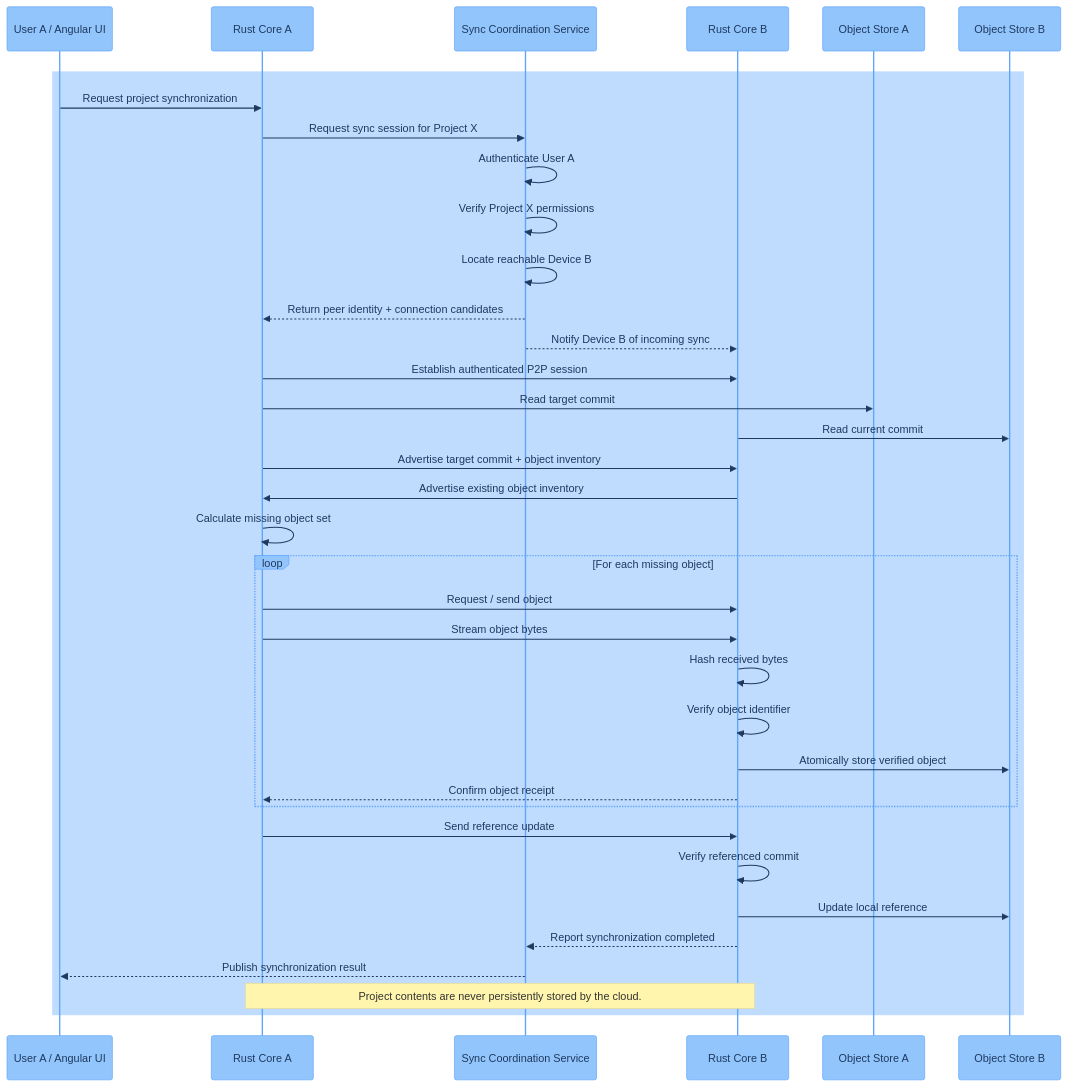
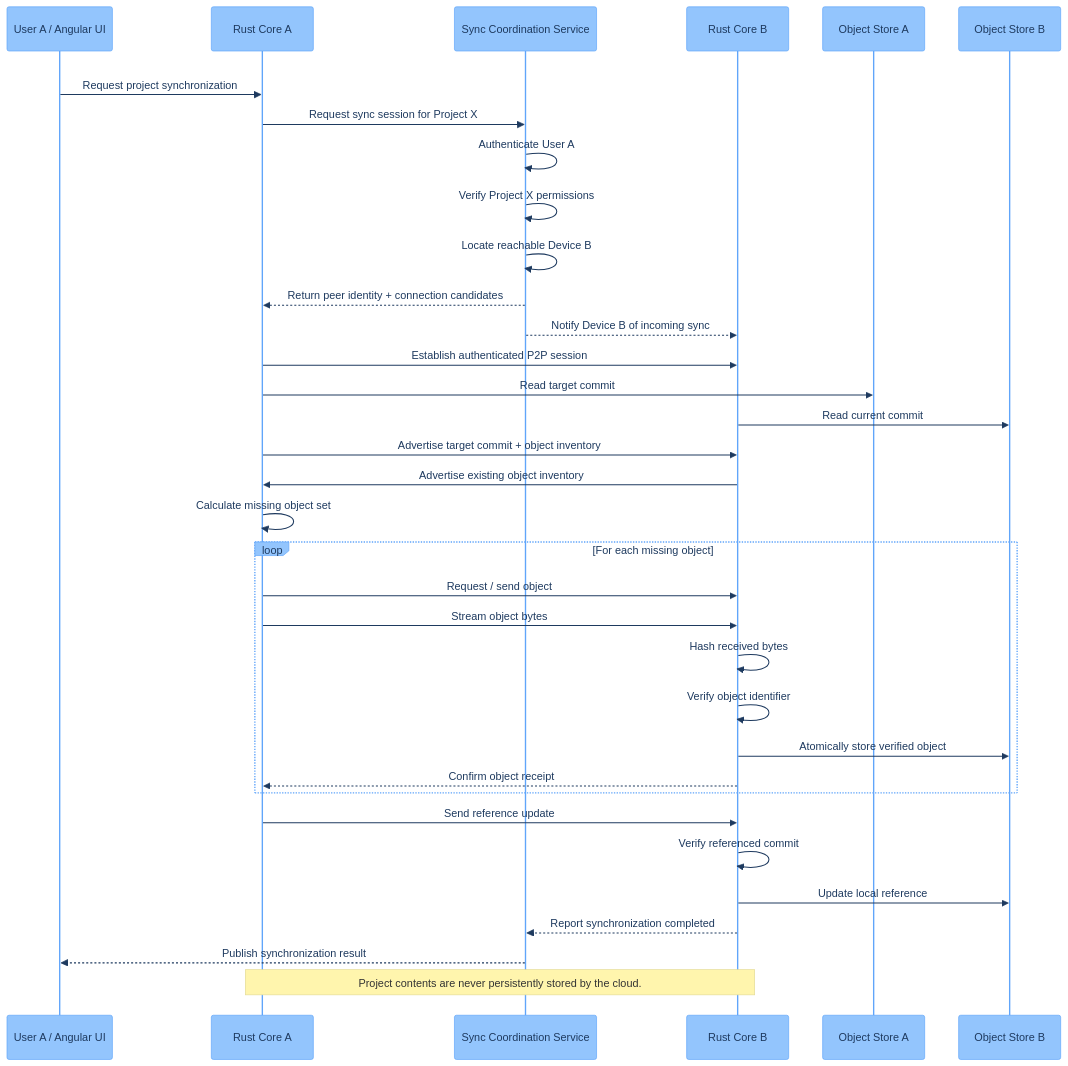
One commit to RandreasKristensen/gitformusic changed the diagram in gitformusic/docs/diagrams/04-p2p-sync.mmd. Above: the diagram before and after it, drawn with Mermaid.

Commit message:
more diagram styling 3

```diff
--- a/gitformusic/docs/diagrams/04-p2p-sync.mmd
+++ b/gitformusic/docs/diagrams/04-p2p-sync.mmd
@@ -1,56 +1,53 @@
 %%{init: {"theme":"base","themeVariables":{"background":"#ffffff","primaryColor":"#93c5fd","primaryTextColor":"#1e3a5f","primaryBorderColor":"#60a5fa","lineColor":"#5b7c99","secondaryColor":"#93c5fd","tertiaryColor":"#ffffff","clusterBkg":"#bfdbfe","clusterBorder":"#60a5fa","titleColor":"#1e3a5f","fontFamily":" sans-serif"}}}%%
 %% P2P Synchronization — Missing Object Transfer
 sequenceDiagram
 
     rect rgb(255, 255, 255)
 
     participant UI_A as User A / Angular UI
     participant RA as Rust Core A
     participant CLOUD as Sync Coordination Service
     participant RD as Rust Core B
     participant OS_A as Object Store A
     participant OS_B as Object Store B
-
-    rect rgb(191, 219, 254)
 
     UI_A->>RA: Request project synchronization
 
     RA->>CLOUD: Request sync session for Project X
 
     CLOUD->>CLOUD: Authenticate User A
     CLOUD->>CLOUD: Verify Project X permissions
     CLOUD->>CLOUD: Locate reachable Device B
 
     CLOUD-->>RA: Return peer identity + connection candidates
     CLOUD-->>RD: Notify Device B of incoming sync
 
     RA->>RD: Establish authenticated P2P session
 
     RA->>OS_A: Read target commit
     RD->>OS_B: Read current commit
 
     RA->>RD: Advertise target commit + object inventory
     RD->>RA: Advertise existing object inventory
 
     RA->>RA: Calculate missing object set
 
     loop For each missing object
         RA->>RD: Request / send object
         RA->>RD: Stream object bytes
         RD->>RD: Hash received bytes
         RD->>RD: Verify object identifier
         RD->>OS_B: Atomically store verified object
         RD-->>RA: Confirm object receipt
     end
 
     RA->>RD: Send reference update
     RD->>RD: Verify referenced commit
     RD->>OS_B: Update local reference
 
     RD-->>CLOUD: Report synchronization completed
     CLOUD-->>UI_A: Publish synchronization result
 
     Note over RA,RD: Project contents are never persistently stored by the cloud.
 
     end
-    end
```
